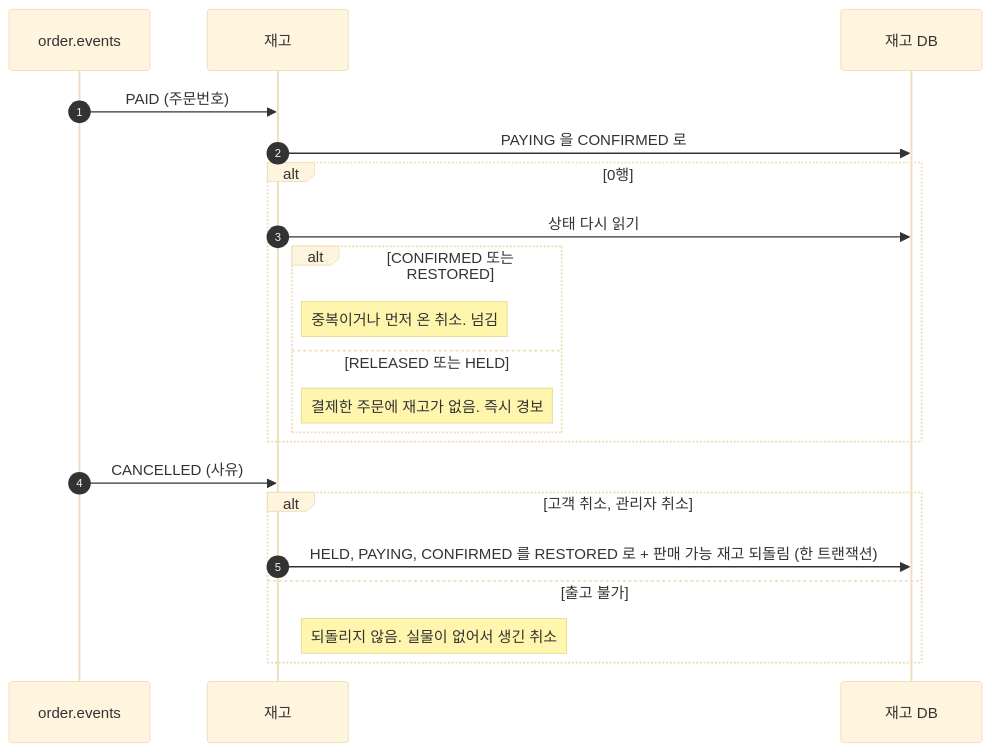
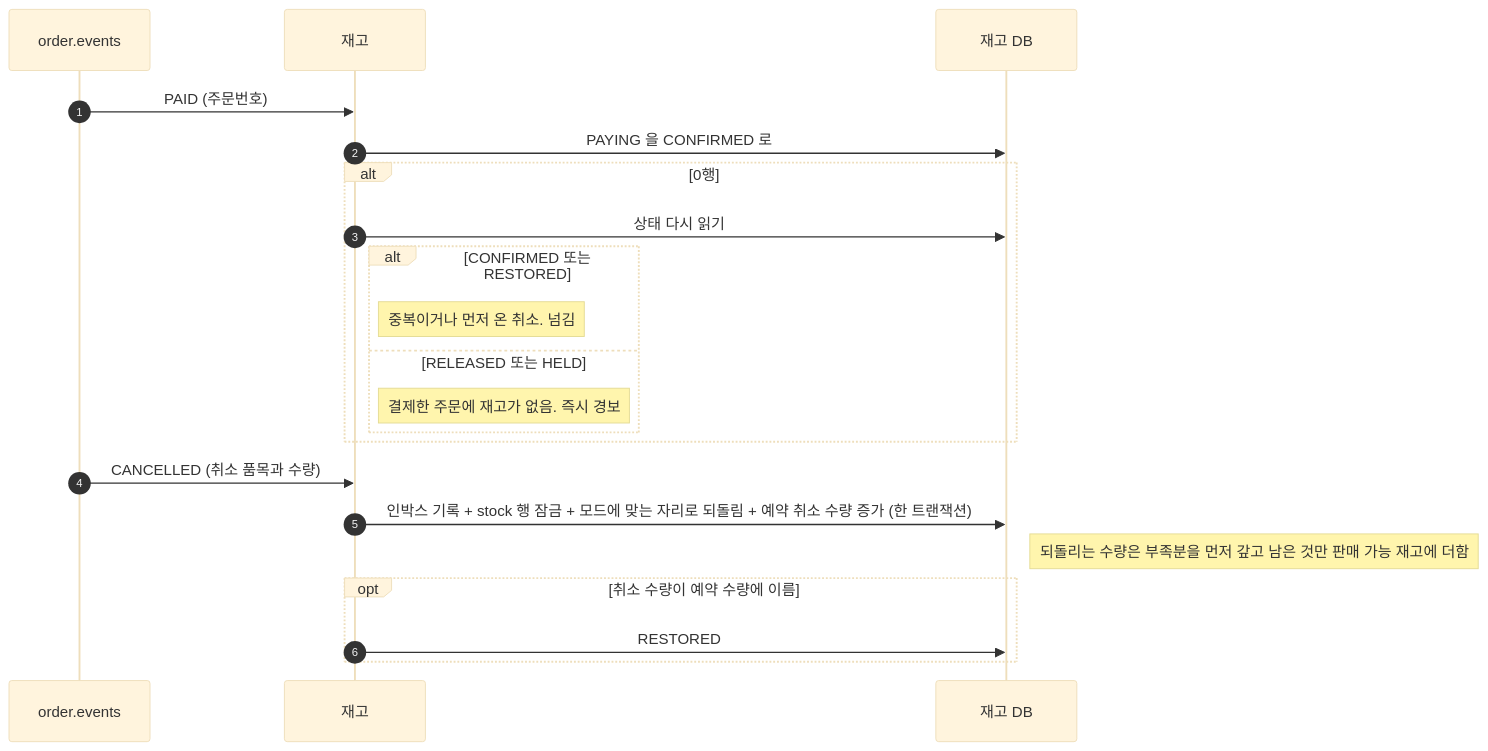
The first of 5 diagrams in docs/sequence/02-재고.md (Bamdule/dawn-delivery-commerce), drawn with Mermaid (base theme) before and after one commit. The commit also changed other lines of this file and 16 other files, not shown here.

````diff
--- a/docs/sequence/02-재고.md
+++ b/docs/sequence/02-재고.md
@@ -17,25 +17,25 @@
 ```mermaid
 sequenceDiagram
     autonumber
     participant 카프카 as order.events
     participant 재고
     participant DB as 재고 DB
 
     카프카->>재고: PAID (주문번호)
     재고->>DB: PAYING 을 CONFIRMED 로
     alt 0행
         재고->>DB: 상태 다시 읽기
         alt CONFIRMED 또는 RESTORED
             Note right of 재고: 중복이거나 먼저 온 취소. 넘김
         else RELEASED 또는 HELD
             Note right of 재고: 결제한 주문에 재고가 없음. 즉시 경보
         end
     end
 
-    카프카->>재고: CANCELLED (사유)
-    alt 고객 취소, 관리자 취소
-        재고->>DB: HELD, PAYING, CONFIRMED 를 RESTORED 로 + 판매 가능 재고 되돌림 (한 트랜잭션)
-    else 출고 불가
-        Note right of 재고: 되돌리지 않음. 실물이 없어서 생긴 취소
+    카프카->>재고: CANCELLED (취소 품목과 수량)
+    재고->>DB: 인박스 기록 + stock 행 잠금 + 모드에 맞는 자리로 되돌림 + 예약 취소 수량 증가 (한 트랜잭션)
+    Note right of DB: 되돌리는 수량은 부족분을 먼저 갚고 남은 것만 판매 가능 재고에 더함
+    opt 취소 수량이 예약 수량에 이름
+        재고->>DB: RESTORED
     end
 ```
````
